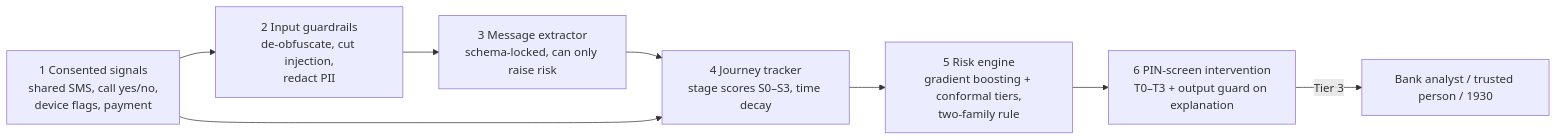
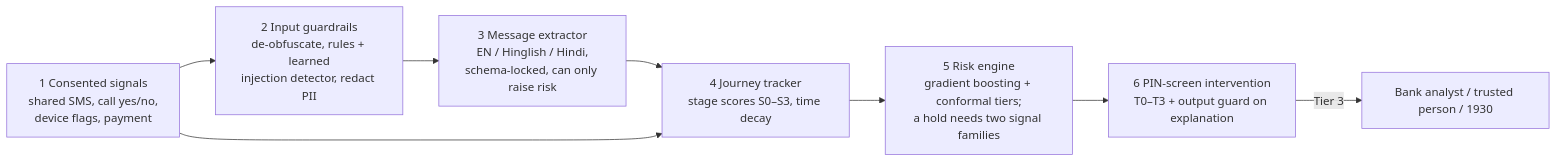
The diagram in README.md (Lakshya44444/cyber), drawn with Mermaid before and after one commit. The commit also changed other lines of this file and 38 other files, not shown here.

First line of the commit message:
Indian external validation, simulator stress test, tiered holds, learned injection detector

````diff
--- a/README.md
+++ b/README.md
@@ -11,10 +11,10 @@
 ```mermaid
 flowchart LR
-    A[1 Consented signals<br/>shared SMS, call yes/no,<br/>device flags, payment] --> B[2 Input guardrails<br/>de-obfuscate, cut injection,<br/>redact PII]
-    B --> C[3 Message extractor<br/>schema-locked, can only raise risk]
+    A[1 Consented signals<br/>shared SMS, call yes/no,<br/>device flags, payment] --> B[2 Input guardrails<br/>de-obfuscate, rules + learned<br/>injection detector, redact PII]
+    B --> C[3 Message extractor<br/>EN / Hinglish / Hindi,<br/>schema-locked, can only raise risk]
     C --> D[4 Journey tracker<br/>stage scores S0–S3, time decay]
     A --> D
-    D --> E[5 Risk engine<br/>gradient boosting + conformal tiers,<br/>two-family rule]
+    D --> E[5 Risk engine<br/>gradient boosting + conformal tiers;<br/>a hold needs two signal families]
     E --> F[6 PIN-screen intervention<br/>T0–T3 + output guard on explanation]
     F -->|Tier 3| G[Bank analyst / trusted person / 1930]
 ```
````
